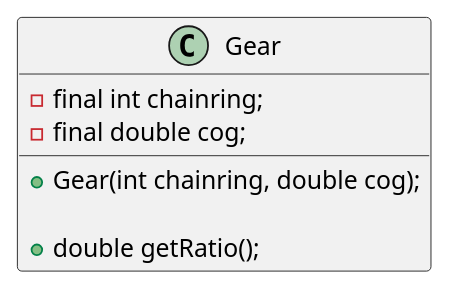
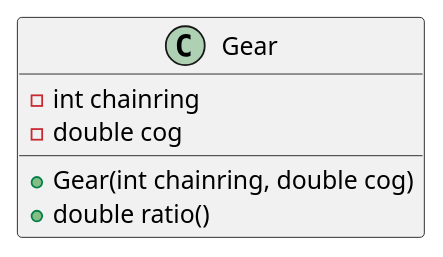
Before and after one commit to guerrerojuli/POO: the diagram in src/tp01/ej01/Gear.puml, drawn with PlantUML. The commit also changed 10 other files, not shown here.

```diff
--- a/src/tp01/ej01/Gear.puml
+++ b/src/tp01/ej01/Gear.puml
@@ -1,13 +1,12 @@
 @startuml
 'https://plantuml.com/sequence-diagram
 
 class Gear {
-    - final int chainring;
-    - final double cog;
+    - int chainring
+    - double cog
 
-    + Gear(int chainring, double cog);
-
-   + double getRatio();
+    + Gear(int chainring, double cog)
+    + double ratio()
 }
 
 @enduml
```
